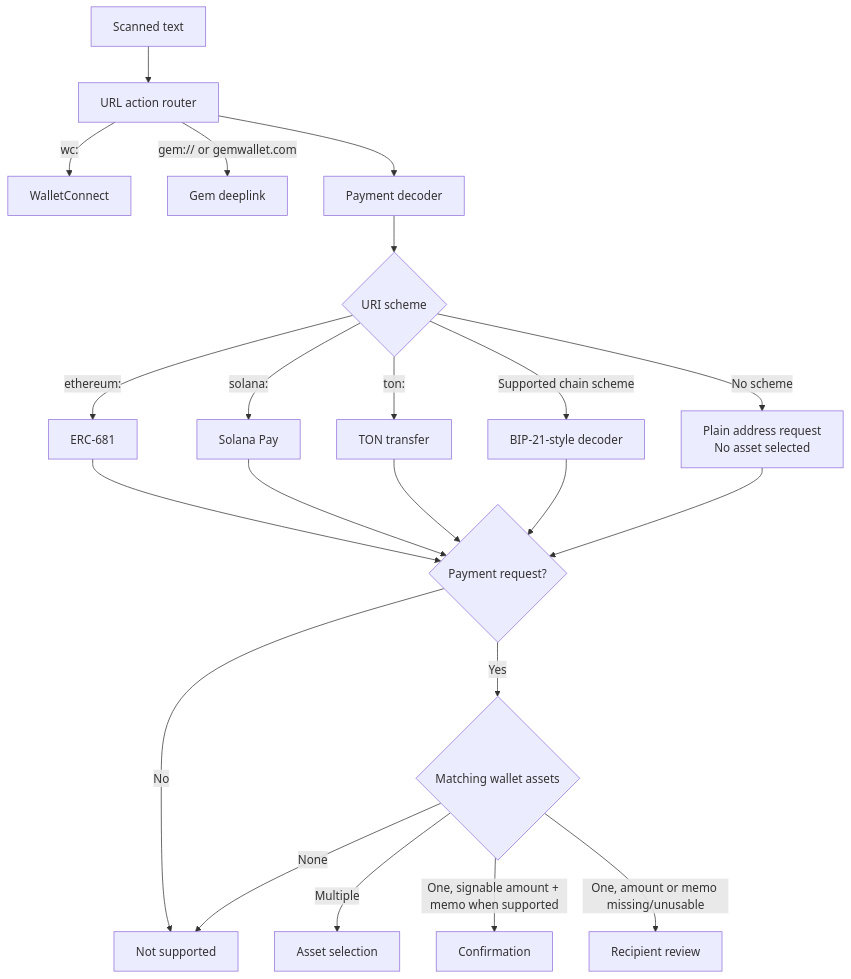
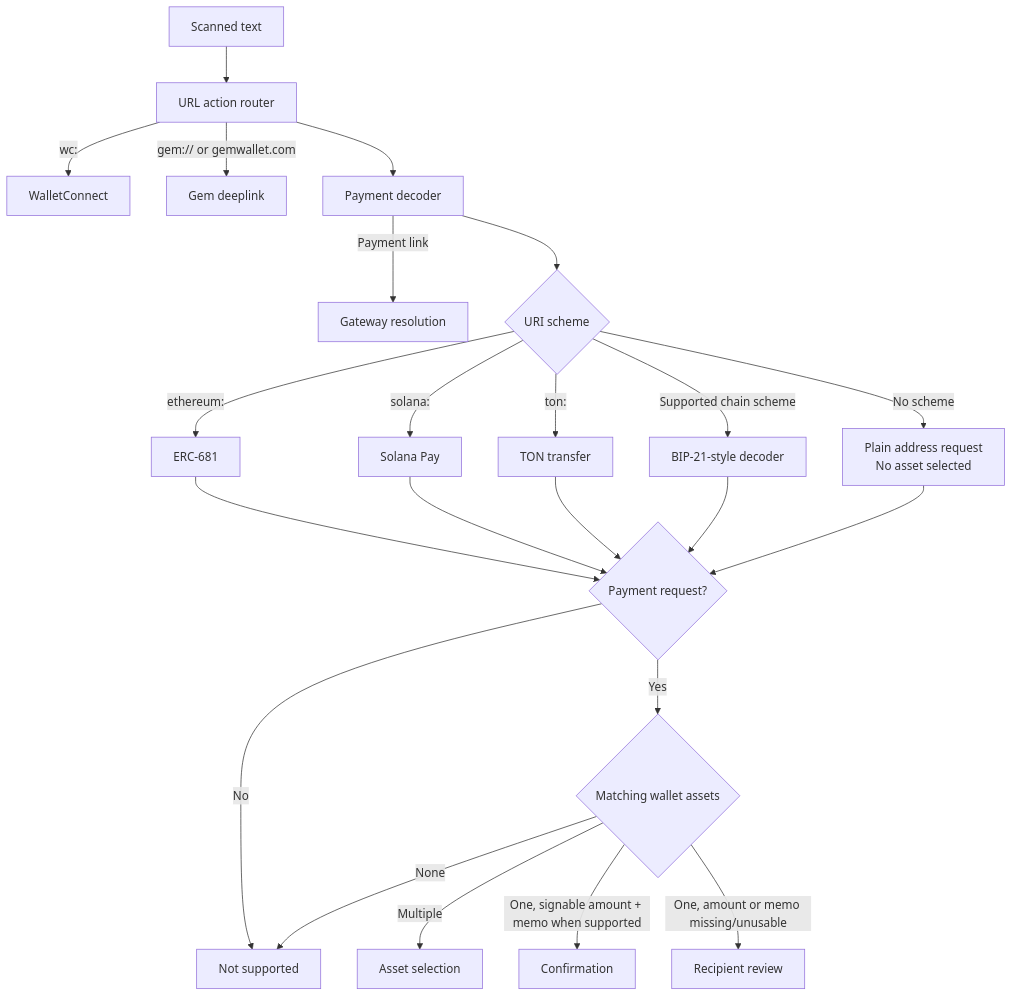
Before and after one commit to gemwalletcom/wallet: the first of 2 diagrams in docs/PAYMENTS.md, drawn with Mermaid. The commit also changed other lines of this file, not shown here.

````diff
--- a/docs/PAYMENTS.md
+++ b/docs/PAYMENTS.md
@@ -18,20 +15,21 @@
 ```mermaid
 flowchart TD
     Scan["Scanned text"] --> Action["URL action router"]
     Action -->|"wc:"| WalletConnect["WalletConnect"]
     Action -->|"gem:// or gemwallet.com"| Deeplink["Gem deeplink"]
     Action --> Decoder["Payment decoder"]
+    Decoder -->|"Payment link"| Link["Gateway resolution"]
     Decoder --> Scheme{"URI scheme"}
     Scheme -->|"ethereum:"| ERC681["ERC-681"]
     Scheme -->|"solana:"| Solana["Solana Pay"]
     Scheme -->|"ton:"| TON["TON transfer"]
     Scheme -->|"Supported chain scheme"| BIP21["BIP-21-style decoder"]
     Scheme -->|"No scheme"| Address["Plain address request<br/>No asset selected"]
     ERC681 & Solana & TON & BIP21 & Address --> Request{"Payment request?"}
     Request -->|"No"| Reject["Not supported"]
     Request -->|"Yes"| Assets{"Matching wallet assets"}
     Assets -->|"None"| Reject
     Assets -->|"Multiple"| Select["Asset selection"]
     Assets -->|"One, signable amount + memo when supported"| Confirm["Confirmation"]
     Assets -->|"One, amount or memo missing/unusable"| Recipient["Recipient review"]
 ```
````
